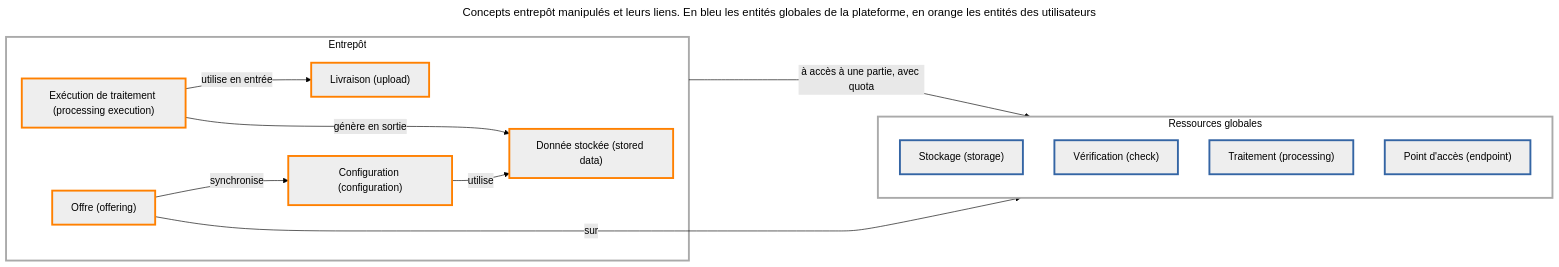
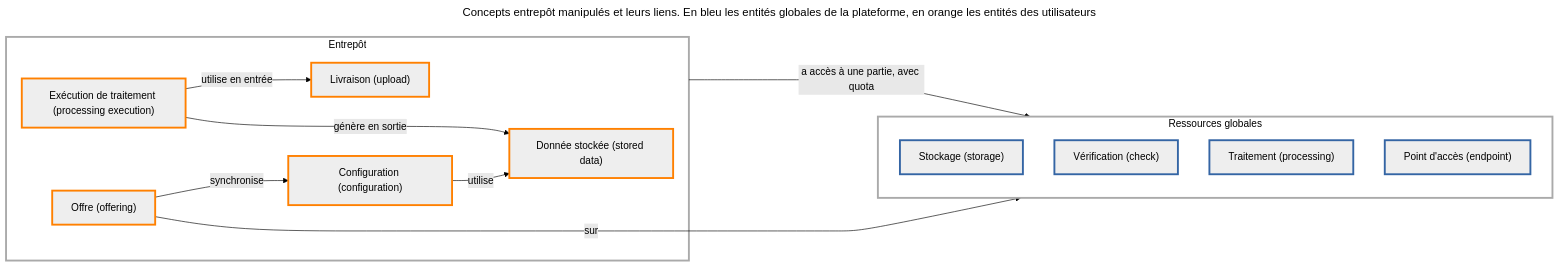
One commit to IGNF/cartes.gouv.fr-documentation changed the second of 2 diagrams in content/fr/guides-developpeur/tutoriels/gestion-des-donnees-vecteurs/alimentation-diffusion.md. Above: the diagram before and after it, drawn with Mermaid (forest theme). The commit also changed other lines of this file and 13 other files, not shown here.

````diff
--- a/content/fr/guides-developpeur/tutoriels/gestion-des-donnees-vecteurs/alimentation-diffusion.md
+++ b/content/fr/guides-developpeur/tutoriels/gestion-des-donnees-vecteurs/alimentation-diffusion.md
@@ -64,47 +64,47 @@
 ```mermaid
 ---
 title: Concepts entrepôt manipulés et leurs liens. En bleu les entités globales de la plateforme, en orange les entités des utilisateurs
 ---
 flowchart LR
 
 	subgraph glo[Ressources globales]
 
     direction TB
 
         sto["Stockage (storage)"]
         chec["Vérification (check)"]
         proc["Traitement (processing)"]
         endp["Point d'accès (endpoint)"]
     end
 
 	subgraph dat[Entrepôt]
         upl["Livraison (upload)"]
         exe["Exécution de traitement (processing execution)"]
         sd["Donnée stockée (stored data)"]
         con["Configuration (configuration)"]
         off["Offre (offering)"]
 	end
 
-    dat -- à accès à une partie, avec quota ----> glo
+    dat -- a accès à une partie, avec quota ----> glo
 
     exe -- utilise en entrée --> upl
     exe -- génère en sortie --> sd
     con -- utilise --> sd
     off -- synchronise --> con
     off -- sur --> endp
 
     classDef group fill:#fff,stroke:#aaa,stroke-width:3px,color:#000;
     classDef indiv fill:#eee,stroke:#ff8000,stroke-width:3px,color:#000;
 	classDef global fill:#eee,stroke:#3465a4,stroke-width:3px,color:#000;
 
     class dat,glo group
     class upl,sd,exe,con,off indiv
     class sto,chec,proc,endp global
 
     linkStyle 0 color:#000
     linkStyle 1 color:#000
     linkStyle 2 color:#000
     linkStyle 3 color:#000
     linkStyle 4 color:#000
     linkStyle 5 color:#000
 ```
````
